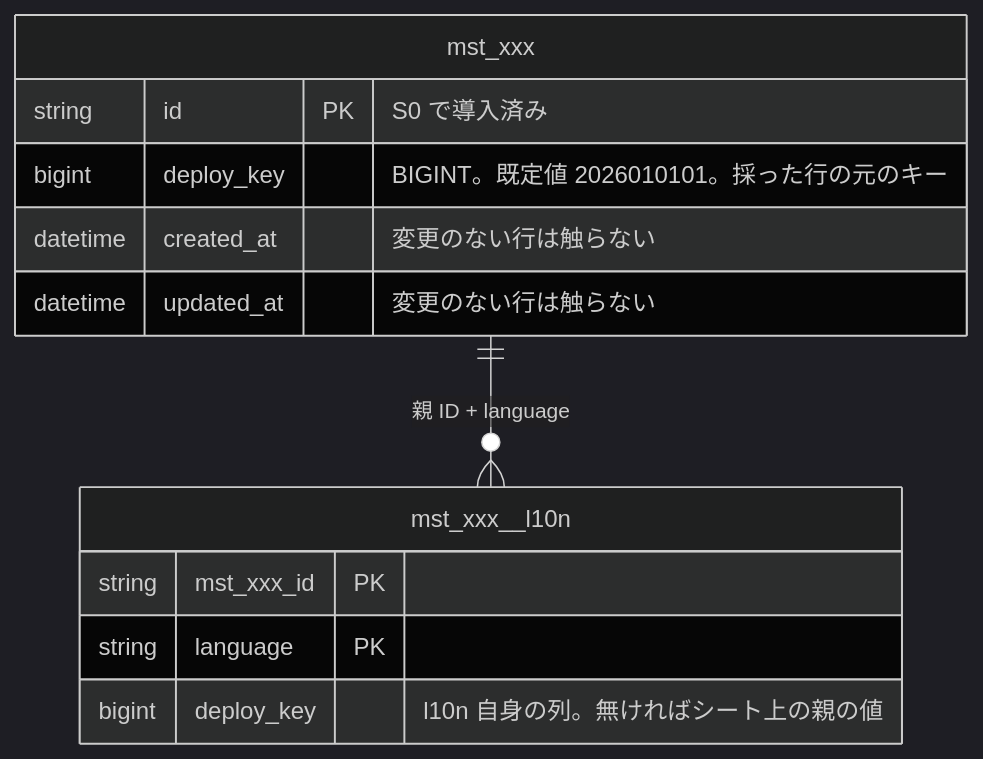
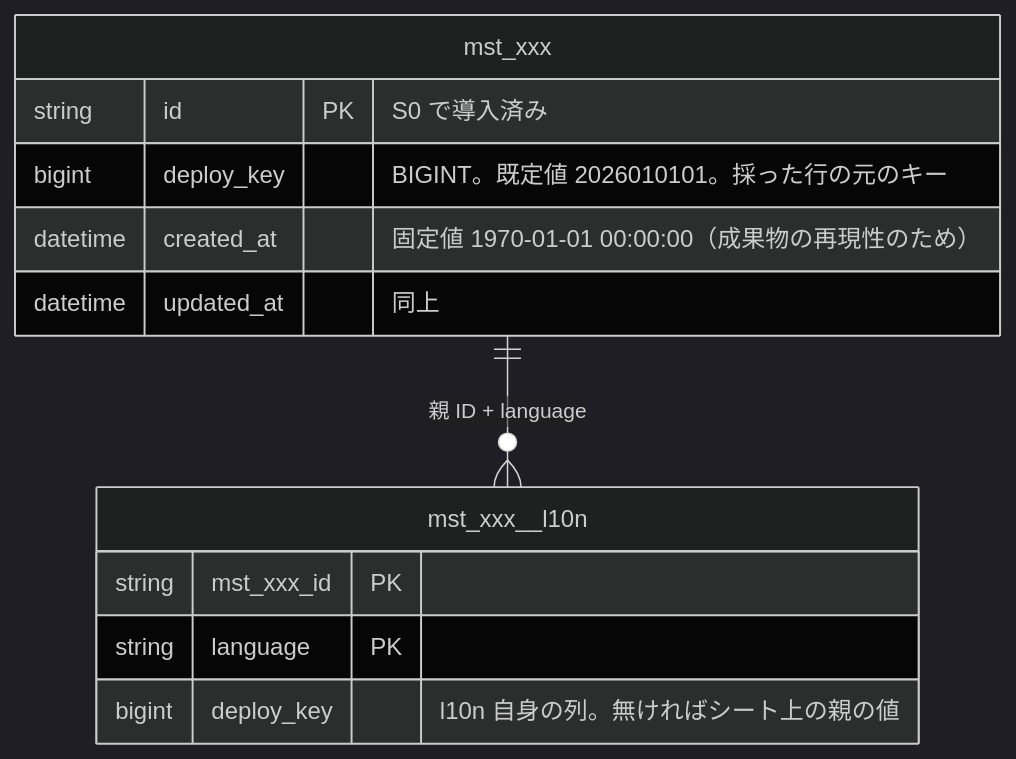
The second of 2 diagrams in docs/design/master-distribution/db.md (BENieBlack/NexusMobileGameServer-Laravel), drawn with Mermaid (dark theme) before and after one commit. The commit also changed other lines of this file and 2 other files, not shown here.

Commit message:
docs: マスター配信のサーバー設計（db・api・sequence）を版ごとの mst DB と start_at の切り替えに書き直す（design-change） (#47)

````diff
--- a/docs/design/master-distribution/db.md
+++ b/docs/design/master-distribution/db.md
@@ -478,15 +775,15 @@
 ```mermaid
 erDiagram
     mst_xxx ||--o{ mst_xxx__l10n : "親 ID + language"
     mst_xxx {
         string id PK "S0 で導入済み"
         bigint deploy_key "BIGINT。既定値 2026010101。採った行の元のキー"
-        datetime created_at "変更のない行は触らない"
-        datetime updated_at "変更のない行は触らない"
+        datetime created_at "固定値 1970-01-01 00:00:00（成果物の再現性のため）"
+        datetime updated_at "同上"
     }
     mst_xxx__l10n {
         string mst_xxx_id PK
         string language PK
         bigint deploy_key "l10n 自身の列。無ければシート上の親の値"
     }
 ```
````
